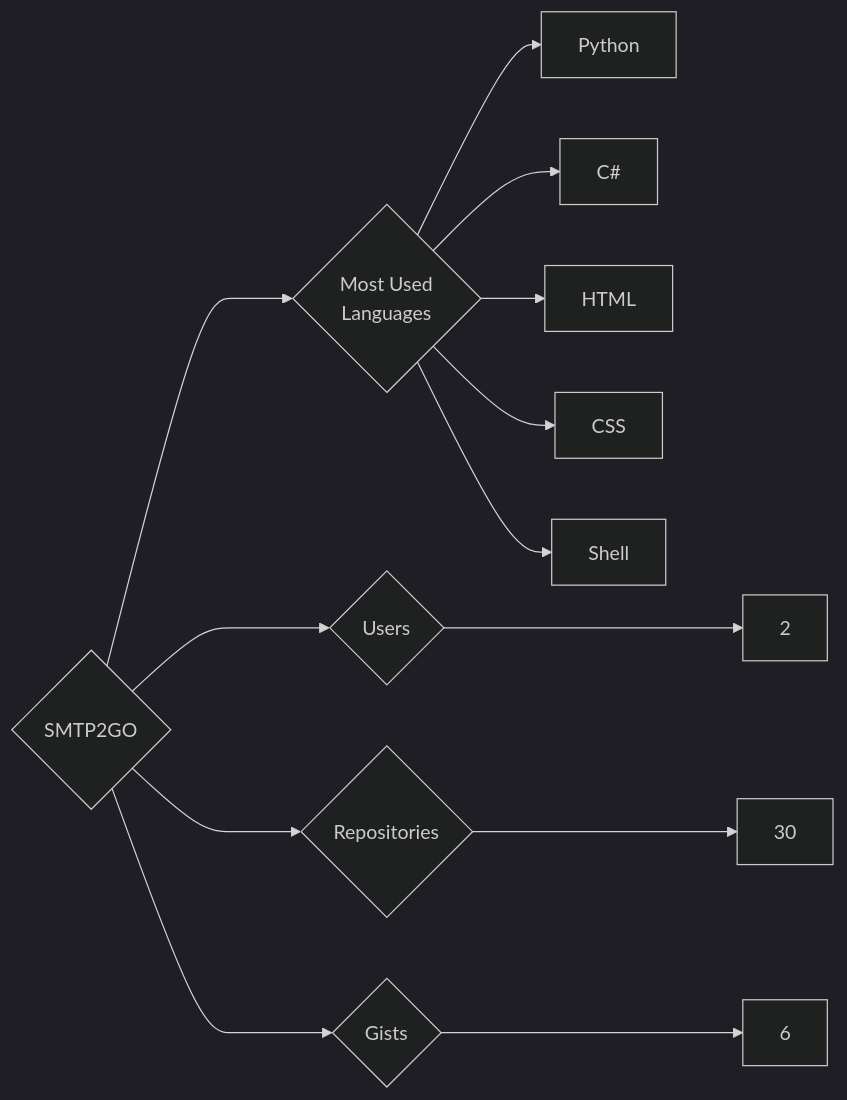
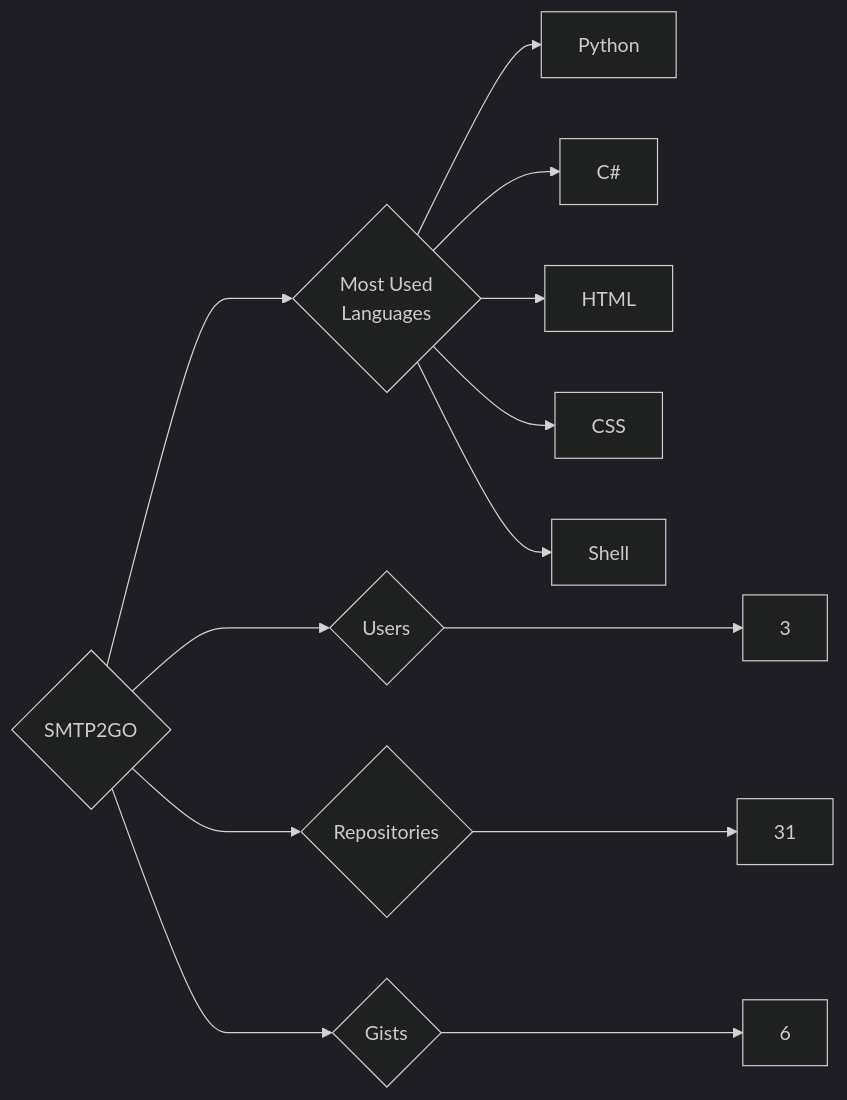
One commit to trickest/insiders changed the diagram in targets/SMTP2GO/README.md. Above: the diagram before and after it, drawn with Mermaid (dark theme). The commit also changed 787 other files, not shown here.

````diff
--- a/targets/SMTP2GO/README.md
+++ b/targets/SMTP2GO/README.md
@@ -3,13 +3,13 @@
 ```mermaid
 graph LR
 COMPANY_NAME{SMTP2GO}
-COMPANY_NAME ---> U{Users} ---> UN[2]
-COMPANY_NAME ---> R{Repositories} ---> RN[30]
+COMPANY_NAME ---> U{Users} ---> UN[3]
+COMPANY_NAME ---> R{Repositories} ---> RN[31]
 COMPANY_NAME ---> G{Gists} ---> GN[6]
 COMPANY_NAME ---> ML{Most Used<br>Languages}
 ML --> Python[Python]
 ML --> C#[C#]
 ML --> HTML[HTML]
 ML --> CSS[CSS]
 ML --> Shell[Shell]
 ```
````
